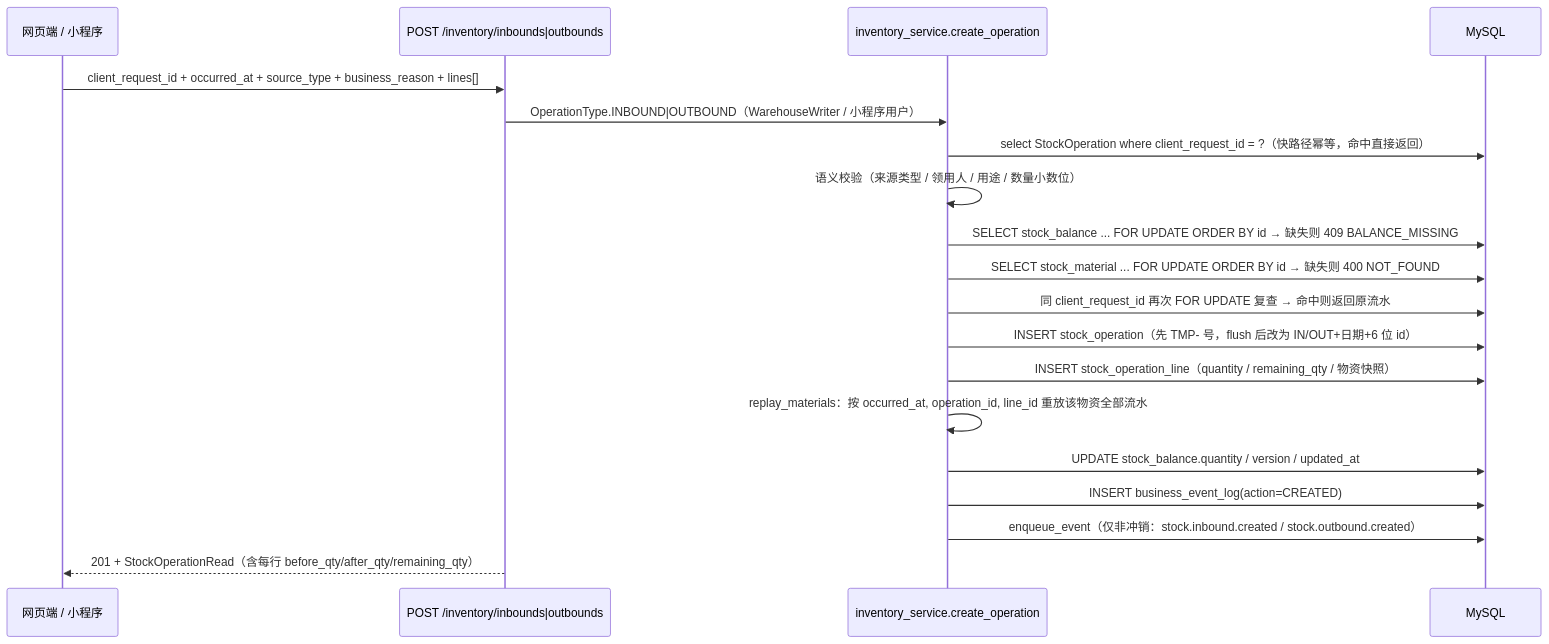
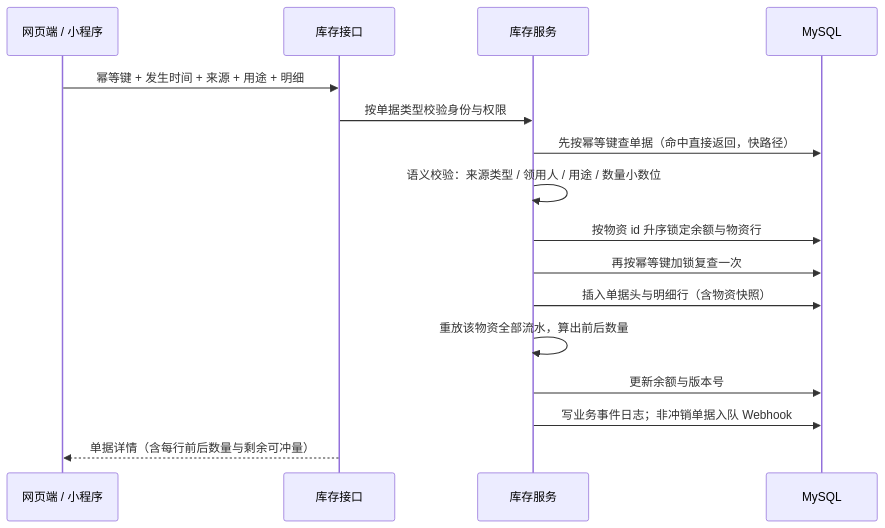
Before and after one commit to Sakana-1314/Electrical-Manager: the eighth of 27 diagrams in docs/websites/pages/dev-flows.md, drawn with Mermaid. The commit also changed other lines of this file and 24 other files, not shown here.

Commit message:
docs: 重构文档站（部署指南 / 接口 / 系统设计 + 图表化） (#301)

````diff
--- a/docs/websites/pages/dev-flows.md
+++ b/docs/websites/pages/dev-flows.md
@@ -118,21 +119,18 @@
 ```mermaid
 sequenceDiagram
     participant W as 网页端 / 小程序
-    participant API as POST /inventory/inbounds|outbounds
-    participant S as inventory_service.create_operation
+    participant API as 库存接口
+    participant S as 库存服务
     participant DB as MySQL
-    W->>API: client_request_id + occurred_at + source_type + business_reason + lines[]
-    API->>S: OperationType.INBOUND|OUTBOUND（WarehouseWriter / 小程序用户）
-    S->>DB: select StockOperation where client_request_id = ?（快路径幂等，命中直接返回）
-    S->>S: 语义校验（来源类型 / 领用人 / 用途 / 数量小数位）
-    S->>DB: SELECT stock_balance ... FOR UPDATE ORDER BY id → 缺失则 409 BALANCE_MISSING
-    S->>DB: SELECT stock_material ... FOR UPDATE ORDER BY id → 缺失则 400 NOT_FOUND
-    S->>DB: 同 client_request_id 再次 FOR UPDATE 复查 → 命中则返回原流水
-    S->>DB: INSERT stock_operation（先 TMP- 号，flush 后改为 IN/OUT+日期+6 位 id）
-    S->>DB: INSERT stock_operation_line（quantity / remaining_qty / 物资快照）
-    S->>S: replay_materials：按 occurred_at, operation_id, line_id 重放该物资全部流水
-    S->>DB: UPDATE stock_balance.quantity / version / updated_at
-    S->>DB: INSERT business_event_log(action=CREATED)
-    S->>DB: enqueue_event（仅非冲销：stock.inbound.created / stock.outbound.created）
-    API-->>W: 201 + StockOperationRead（含每行 before_qty/after_qty/remaining_qty）
+    W->>API: 幂等键 + 发生时间 + 来源 + 用途 + 明细
+    API->>S: 按单据类型校验身份与权限
+    S->>DB: 先按幂等键查单据（命中直接返回，快路径）
+    S->>S: 语义校验：来源类型 / 领用人 / 用途 / 数量小数位
+    S->>DB: 按物资 id 升序锁定余额与物资行
+    S->>DB: 再按幂等键加锁复查一次
+    S->>DB: 插入单据头与明细行（含物资快照）
+    S->>S: 重放该物资全部流水，算出前后数量
+    S->>DB: 更新余额与版本号
+    S->>DB: 写业务事件日志；非冲销单据入队 Webhook
+    API-->>W: 单据详情（含每行前后数量与剩余可冲量）
 ```
````
